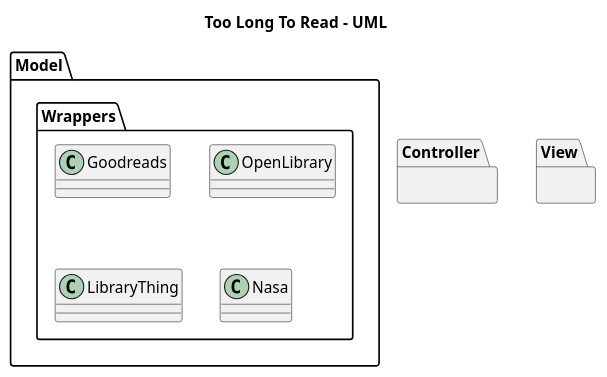
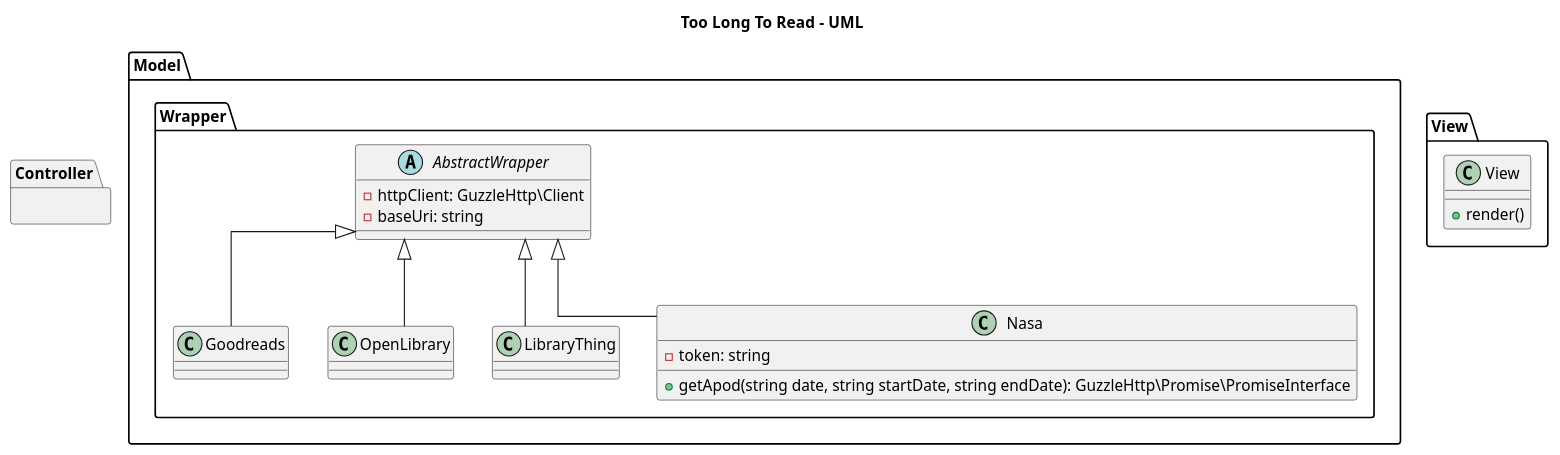
Before and after one commit to GzIrYsz/too-long-to-read: the diagram in docs/diagrams/src/WEB_TooLongToRead_2023_UML.puml, drawn with PlantUML.

Commit message:
docs(uml/wrappers): add wrapper class

```diff
--- a/docs/diagrams/src/WEB_TooLongToRead_2023_UML.puml
+++ b/docs/diagrams/src/WEB_TooLongToRead_2023_UML.puml
@@ -1,34 +1,42 @@
 @startuml "WEB_TooLongToRead_2023_UML"
 
 skinparam linetype ortho
 
 set namespaceSeparator .
 
 title Too Long To Read - UML
 
-package Controller {
+namespace Controller {
 
 }
 
-package Model {
-    package Wrappers {
-        class Goodreads {
+namespace Model {
+    namespace Wrapper {
+        abstract class AbstractWrapper {
+            -httpClient: GuzzleHttp\Client
+            -baseUri: string
+        }
+
+        class Goodreads extends AbstractWrapper {
 
         }
-        class OpenLibrary {
+        class OpenLibrary extends AbstractWrapper {
 
         }
-        class LibraryThing {
+        class LibraryThing extends AbstractWrapper {
+        }
+        class Nasa extends AbstractWrapper {
+            -token: string
 
-        }
-        class Nasa {
-
+            +getApod(string date, string startDate, string endDate): GuzzleHttp\Promise\PromiseInterface
         }
     }
 }
 
-package View {
-
+namespace View {
+    class View {
+        +render()
+    }
 }
 
 @enduml
```
